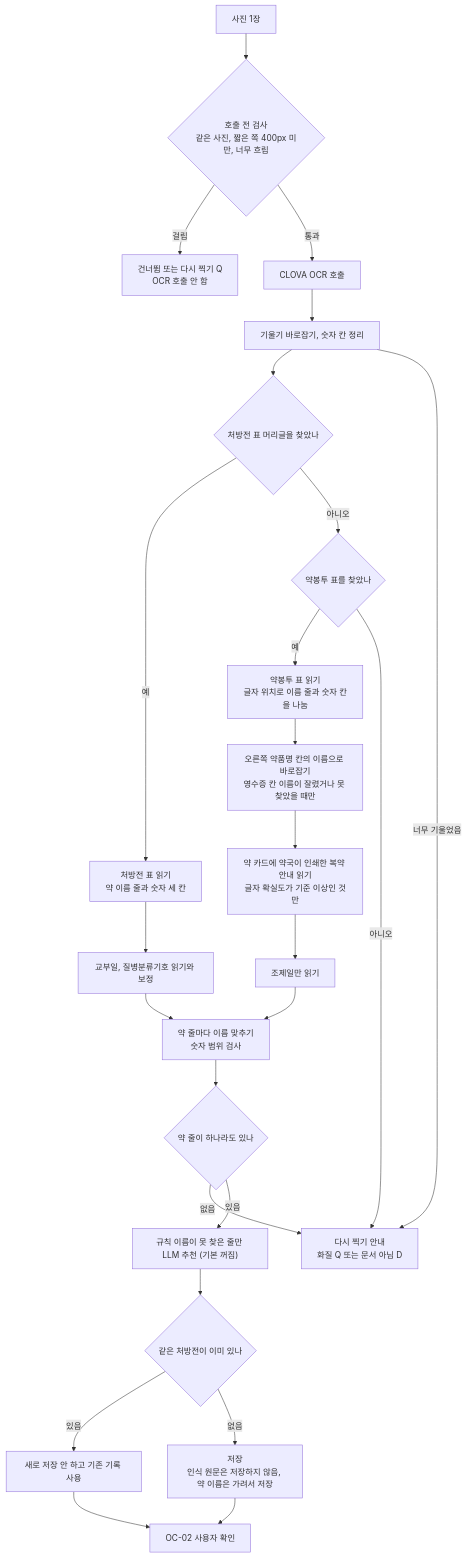
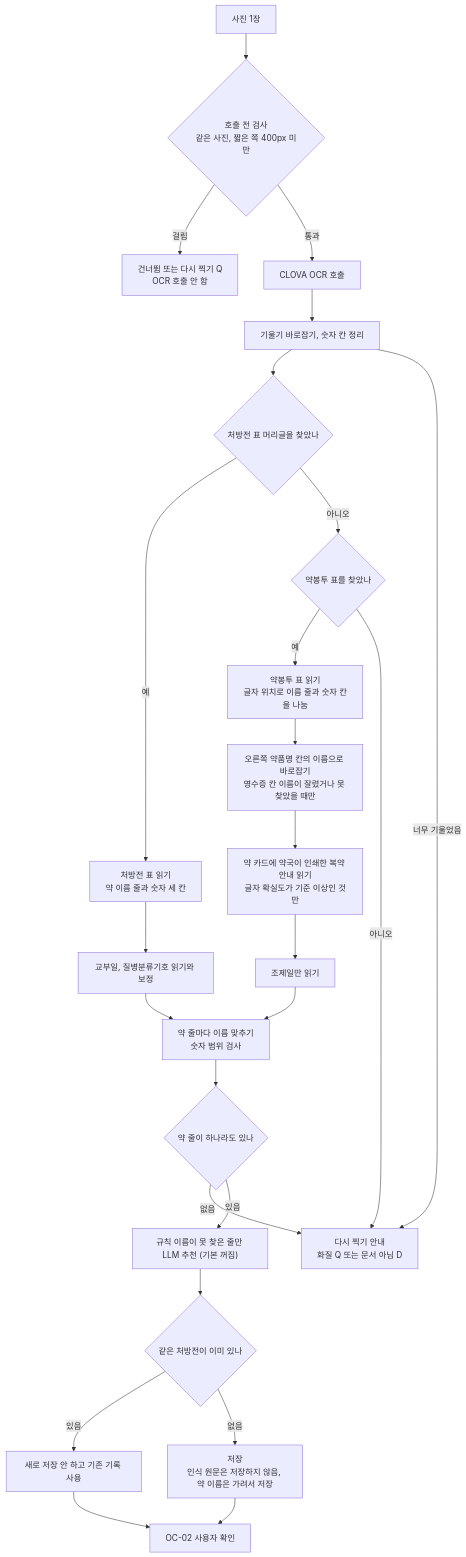
The third of 8 diagrams in docs/design/flowcharts_ocr_rag.md (AI-HealthCare-06/AH_06_05), drawn with Mermaid before and after one commit. The commit also changed other lines of this file and 10 other files, not shown here.

````diff
--- a/docs/design/flowcharts_ocr_rag.md
+++ b/docs/design/flowcharts_ocr_rag.md
@@ -96,27 +96,27 @@
 ```mermaid
 flowchart TD
-    A["사진 1장"] --> B{"호출 전 검사<br/>같은 사진, 짧은 쪽 400px 미만, 너무 흐림"}
+    A["사진 1장"] --> B{"호출 전 검사<br/>같은 사진, 짧은 쪽 400px 미만"}
     B -- "걸림" --> B1["건너뜀 또는 다시 찍기 Q<br/>OCR 호출 안 함"]
     B -- "통과" --> C["CLOVA OCR 호출"]
     C --> D["기울기 바로잡기, 숫자 칸 정리"]
     D --> E{"처방전 표 머리글을 찾았나"}
     E -- "예" --> F["처방전 표 읽기<br/>약 이름 줄과 숫자 세 칸"]
     E -- "아니오" --> G{"약봉투 표를 찾았나"}
     G -- "예" --> F2["약봉투 표 읽기<br/>글자 위치로 이름 줄과 숫자 칸을 나눔"]
     G -- "아니오" --> R1["다시 찍기 안내<br/>화질 Q 또는 문서 아님 D"]
     D -- "너무 기울었음" --> R1
     F --> H["교부일, 질병분류기호 읽기와 보정"]
     F2 --> F3["오른쪽 약품명 칸의 이름으로 바로잡기<br/>영수증 칸 이름이 잘렸거나 못 찾았을 때만"]
     F3 --> F4["약 카드에 약국이 인쇄한 복약 안내 읽기<br/>글자 확실도가 기준 이상인 것만"]
     F4 --> H2["조제일만 읽기"]
     H --> I["약 줄마다 이름 맞추기<br/>숫자 범위 검사"]
     H2 --> I
     I --> J{"약 줄이 하나라도 있나"}
     J -- "없음" --> R1
     J -- "있음" --> K["규칙 이름이 못 찾은 줄만 LLM 추천 (기본 꺼짐)"]
     K --> L{"같은 처방전이 이미 있나"}
     L -- "있음" --> L1["새로 저장 안 하고 기존 기록 사용"]
     L -- "없음" --> M["저장<br/>인식 원문은 저장하지 않음, 약 이름은 가려서 저장"]
     L1 --> N["OC-02 사용자 확인"]
     M --> N
 ```
````
